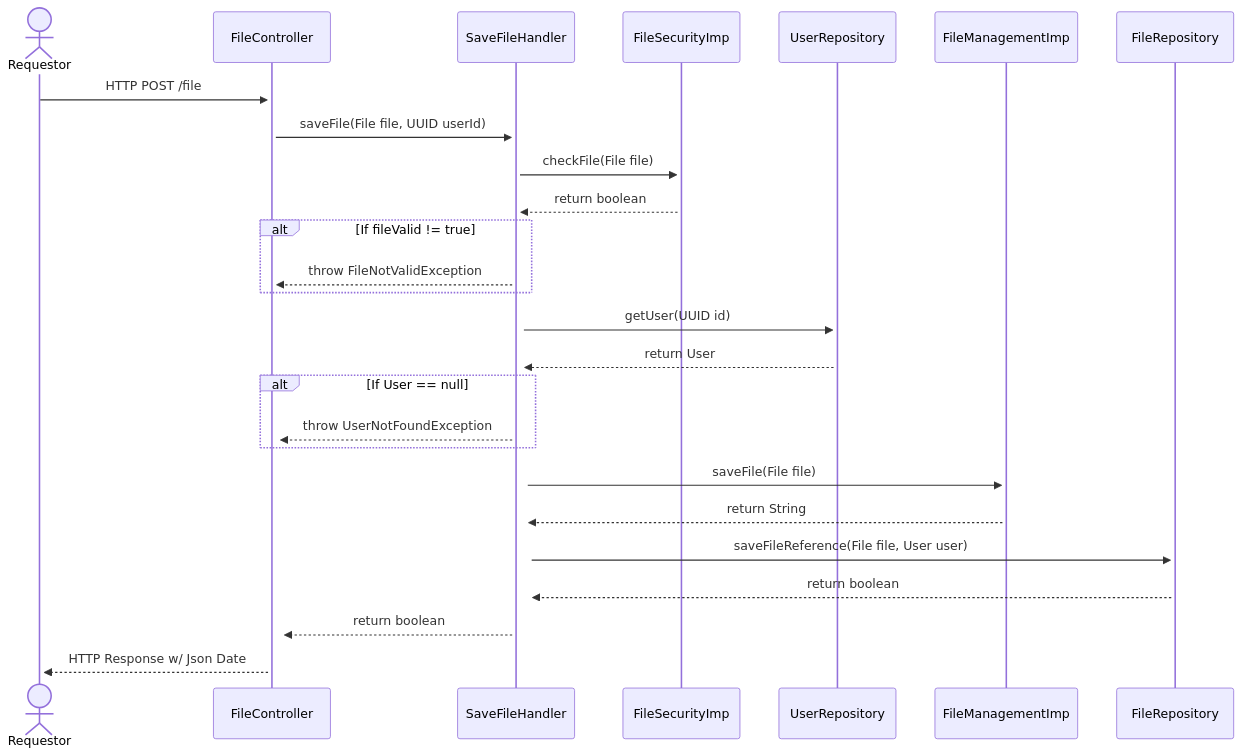
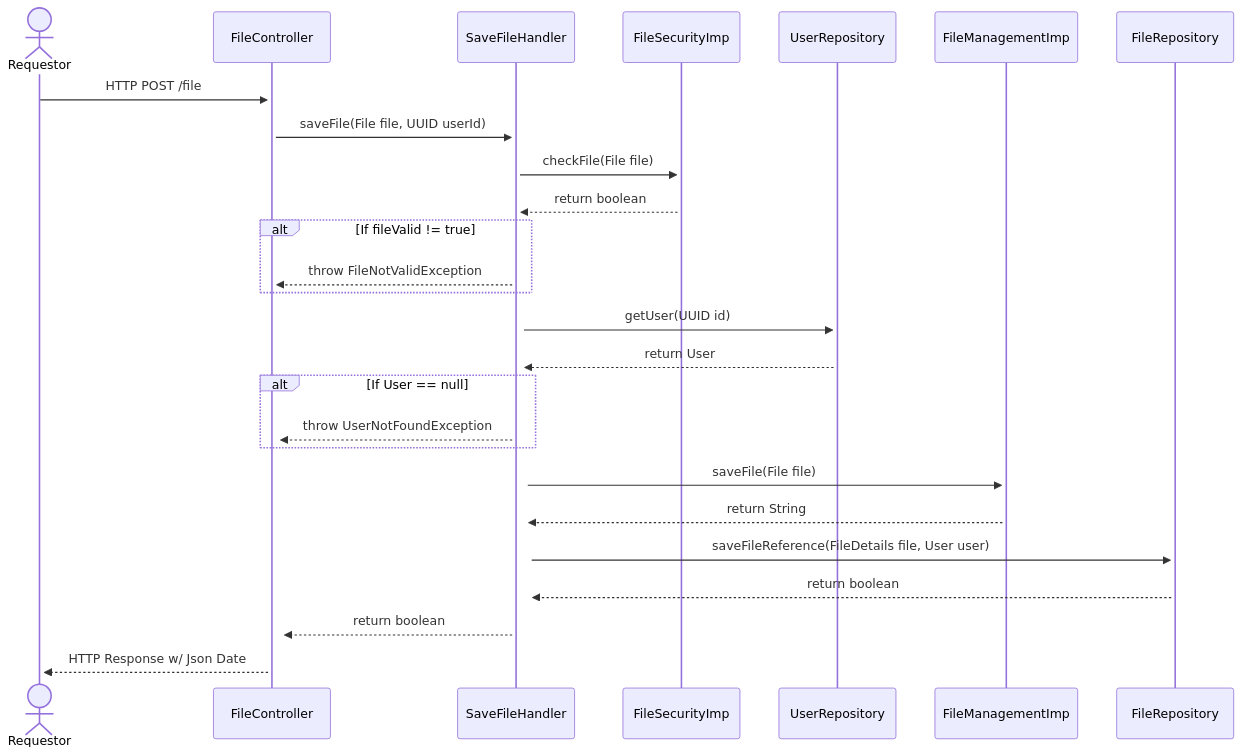
Before and after one commit to patrickSlaine/Java-Cloud-Storage: the fifth of 6 diagrams in docs/pages/design/sequenceDiagrams.md, drawn with Mermaid. The commit also changed other lines of this file, not shown here.

Commit message:
Sequence Diagrams

````diff
--- a/docs/pages/design/sequenceDiagrams.md
+++ b/docs/pages/design/sequenceDiagrams.md
@@ -81,26 +81,25 @@
 ```mermaid
 sequenceDiagram
     actor Requestor
     Requestor ->>+ FileController: HTTP POST /file
     FileController ->>+ SaveFileHandler: saveFile(File file, UUID userId)
     SaveFileHandler ->>+ FileSecurityImp: checkFile(File file)
     FileSecurityImp -->>+ SaveFileHandler: return boolean
     alt If fileValid != true
     SaveFileHandler -->>+ FileController: throw FileNotValidException
     end
     SaveFileHandler ->>+ UserRepository: getUser(UUID id)
     UserRepository -->>+ SaveFileHandler: return User
 
     alt If User == null
     SaveFileHandler -->>+ FileController: throw UserNotFoundException
     end
 
     SaveFileHandler ->>+ FileManagementImp: saveFile(File file)
     FileManagementImp -->>+ SaveFileHandler: return String
-    SaveFileHandler ->>+ FileRepository: saveFileReference(File file, User user)
+    SaveFileHandler ->>+ FileRepository: saveFileReference(FileDetails file, User user)
     FileRepository -->>+ SaveFileHandler: return boolean
 
     SaveFileHandler -->>+ FileController: return boolean
     FileController -->>+ Requestor: HTTP Response w/ Json Date
-
 ```
````
